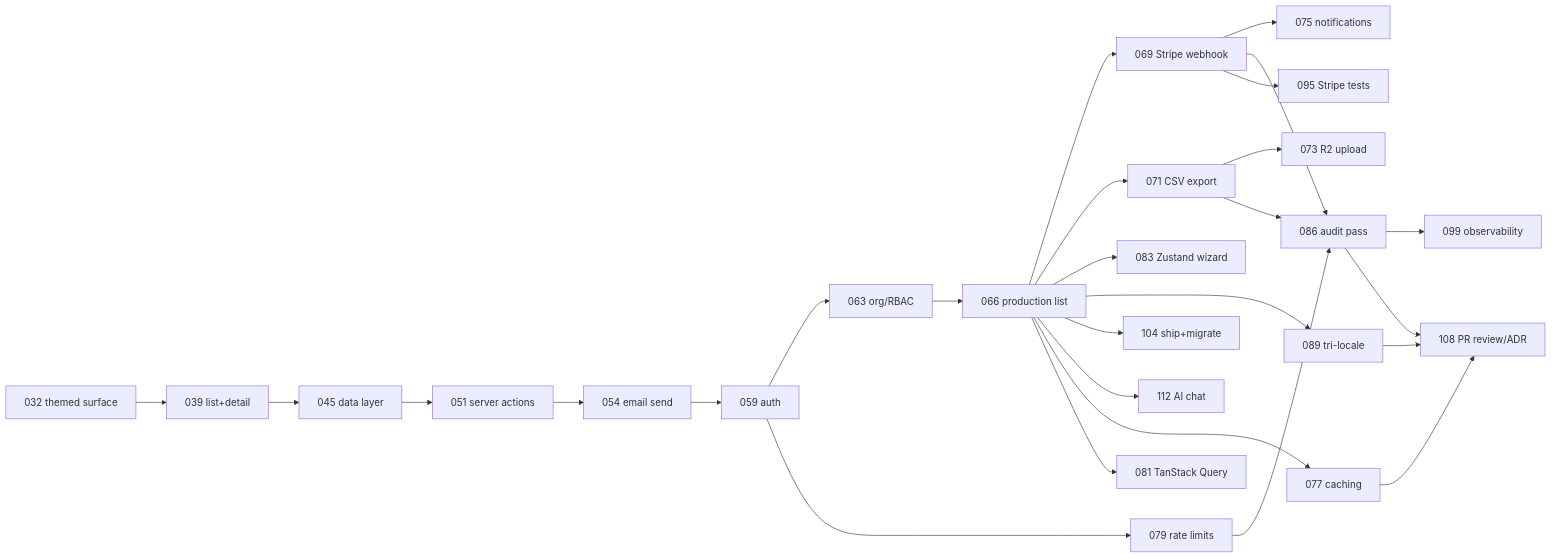
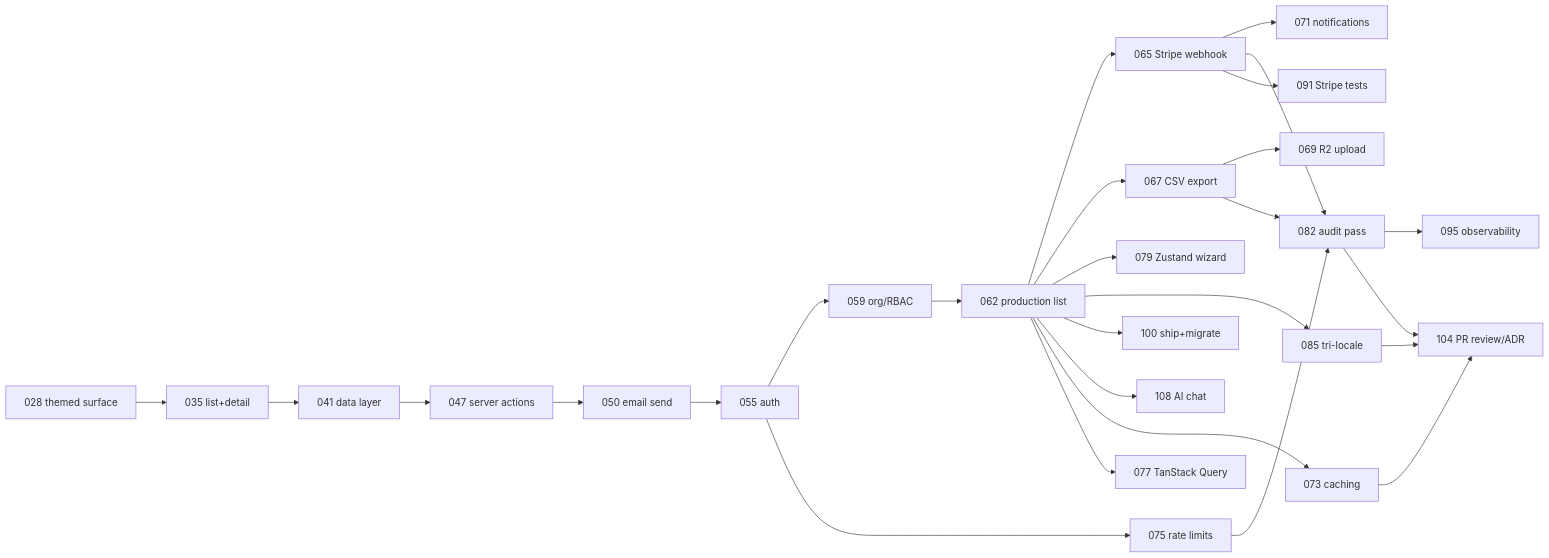
The diagram in documentation/content/overview/Project dependencies.md (terencicp/react-saas-course), drawn with Mermaid before and after one commit. The commit also changed 114 other files, not shown here.

````diff
--- a/documentation/content/overview/Project dependencies.md
+++ b/documentation/content/overview/Project dependencies.md
@@ -5,53 +5,53 @@
 ```mermaid
 graph LR
-    n032["032 themed surface"]
-    n039["039 list+detail"]
-    n045["045 data layer"]
-    n051["051 server actions"]
-    n054["054 email send"]
-    n059["059 auth"]
-    n063["063 org/RBAC"]
-    n066["066 production list"]
-    n069["069 Stripe webhook"]
-    n071["071 CSV export"]
-    n073["073 R2 upload"]
-    n075["075 notifications"]
-    n077["077 caching"]
-    n079["079 rate limits"]
-    n081["081 TanStack Query"]
-    n083["083 Zustand wizard"]
-    n086["086 audit pass"]
-    n089["089 tri-locale"]
-    n095["095 Stripe tests"]
-    n099["099 observability"]
-    n104["104 ship+migrate"]
-    n108["108 PR review/ADR"]
-    n112["112 AI chat"]
+    n028["028 themed surface"]
+    n035["035 list+detail"]
+    n041["041 data layer"]
+    n047["047 server actions"]
+    n050["050 email send"]
+    n055["055 auth"]
+    n059["059 org/RBAC"]
+    n062["062 production list"]
+    n065["065 Stripe webhook"]
+    n067["067 CSV export"]
+    n069["069 R2 upload"]
+    n071["071 notifications"]
+    n073["073 caching"]
+    n075["075 rate limits"]
+    n077["077 TanStack Query"]
+    n079["079 Zustand wizard"]
+    n082["082 audit pass"]
+    n085["085 tri-locale"]
+    n091["091 Stripe tests"]
+    n095["095 observability"]
+    n100["100 ship+migrate"]
+    n104["104 PR review/ADR"]
+    n108["108 AI chat"]
 
-    n032 --> n039
-    n039 --> n045
-    n045 --> n051
-    n051 --> n054
-    n054 --> n059
-    n059 --> n063
-    n059 --> n079
-    n063 --> n066
-    n066 --> n069
-    n066 --> n071
-    n066 --> n083
-    n066 --> n089
-    n066 --> n104
-    n066 --> n112
-    n069 --> n075
-    n069 --> n086
-    n069 --> n095
-    n071 --> n073
-    n066 --> n077
-    n071 --> n086
-    n066 --> n081
-    n077 --> n108
-    n079 --> n086
-    n086 --> n099
-    n086 --> n108
-    n089 --> n108
+    n028 --> n035
+    n035 --> n041
+    n041 --> n047
+    n047 --> n050
+    n050 --> n055
+    n055 --> n059
+    n055 --> n075
+    n059 --> n062
+    n062 --> n065
+    n062 --> n067
+    n062 --> n079
+    n062 --> n085
+    n062 --> n100
+    n062 --> n108
+    n065 --> n071
+    n065 --> n082
+    n065 --> n091
+    n067 --> n069
+    n062 --> n073
+    n067 --> n082
+    n062 --> n077
+    n073 --> n104
+    n075 --> n082
+    n082 --> n095
+    n082 --> n104
+    n085 --> n104
 ```
````
